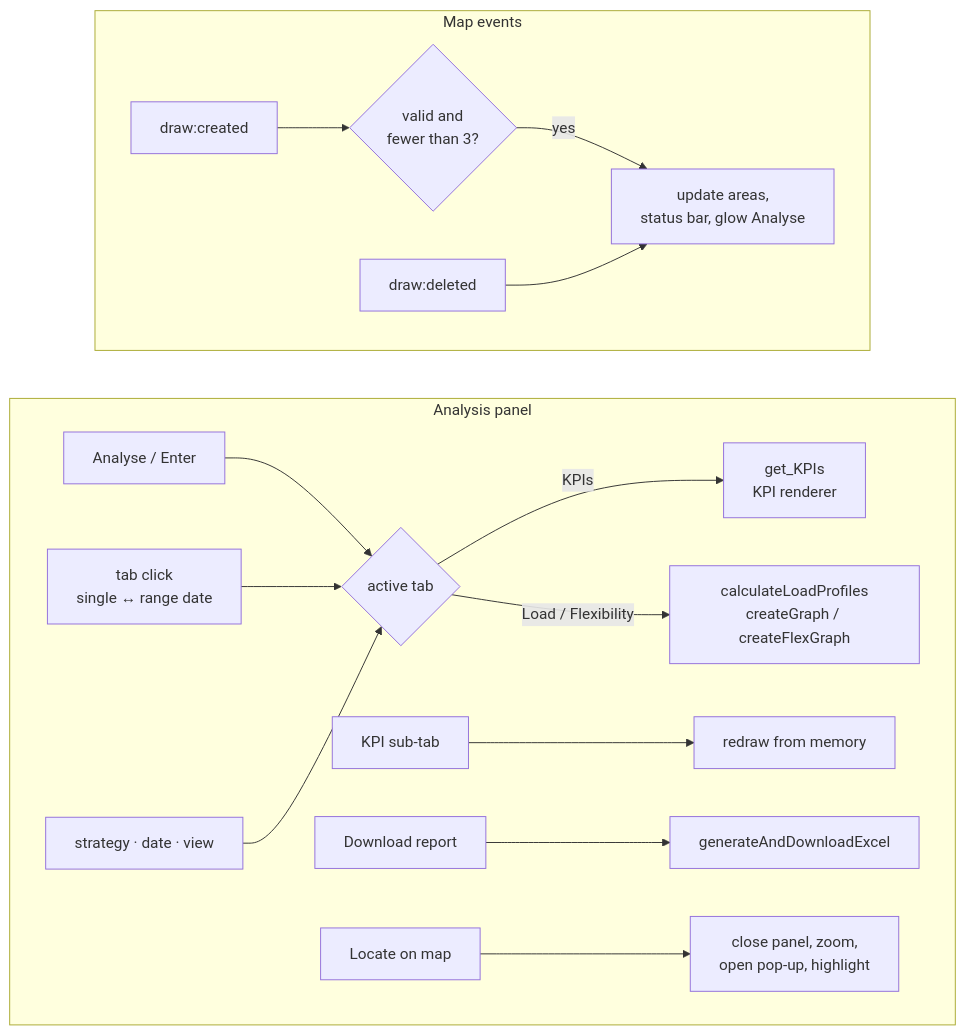
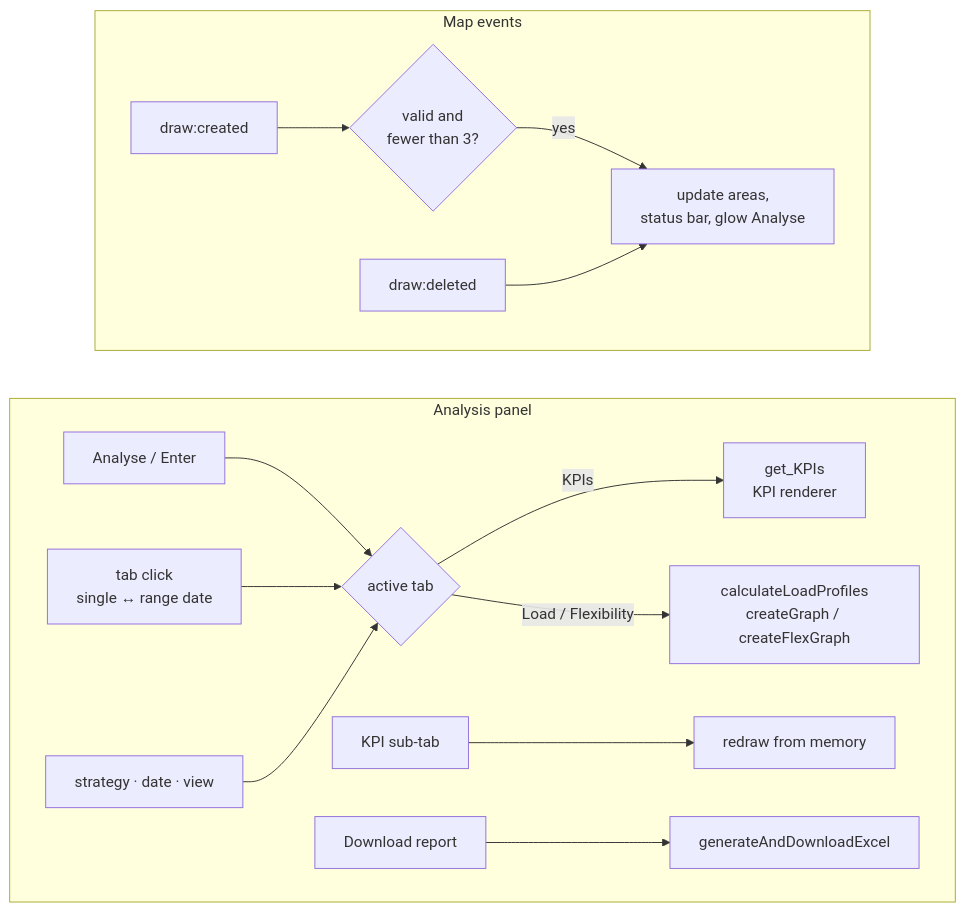
Before and after one commit to StavrosOrf/EPIOT: the second of 2 diagrams in docs/architecture/frontend.md, drawn with Mermaid. The commit also changed 44 other files, not shown here.

````diff
--- a/docs/architecture/frontend.md
+++ b/docs/architecture/frontend.md
@@ -47,21 +47,20 @@
 ```{mermaid}
 flowchart TB
     subgraph Map["Map events"]
         direction LR
         D1[draw:created] --> V{valid and<br/>fewer than 3?}
         V -- yes --> ST[update areas,<br/>status bar, glow Analyse]
         D2[draw:deleted] --> ST
     end
     subgraph Panel["Analysis panel"]
         direction LR
         AN[Analyse / Enter] --> RUN{active tab}
         TAB[tab click<br/>single ↔ range date] --> RUN
         CHG[strategy · date · view] --> RUN
         RUN -- KPIs --> K[get_KPIs<br/>KPI renderer]
         RUN -- Load / Flexibility --> L[calculateLoadProfiles<br/>createGraph / createFlexGraph]
         SUB[KPI sub-tab] --> RR[redraw from memory]
         DL[Download report] --> X[generateAndDownloadExcel]
-        LOC[Locate on map] --> CL[close panel, zoom,<br/>open pop-up, highlight]
     end
     Map ~~~ Panel
 ```
````
